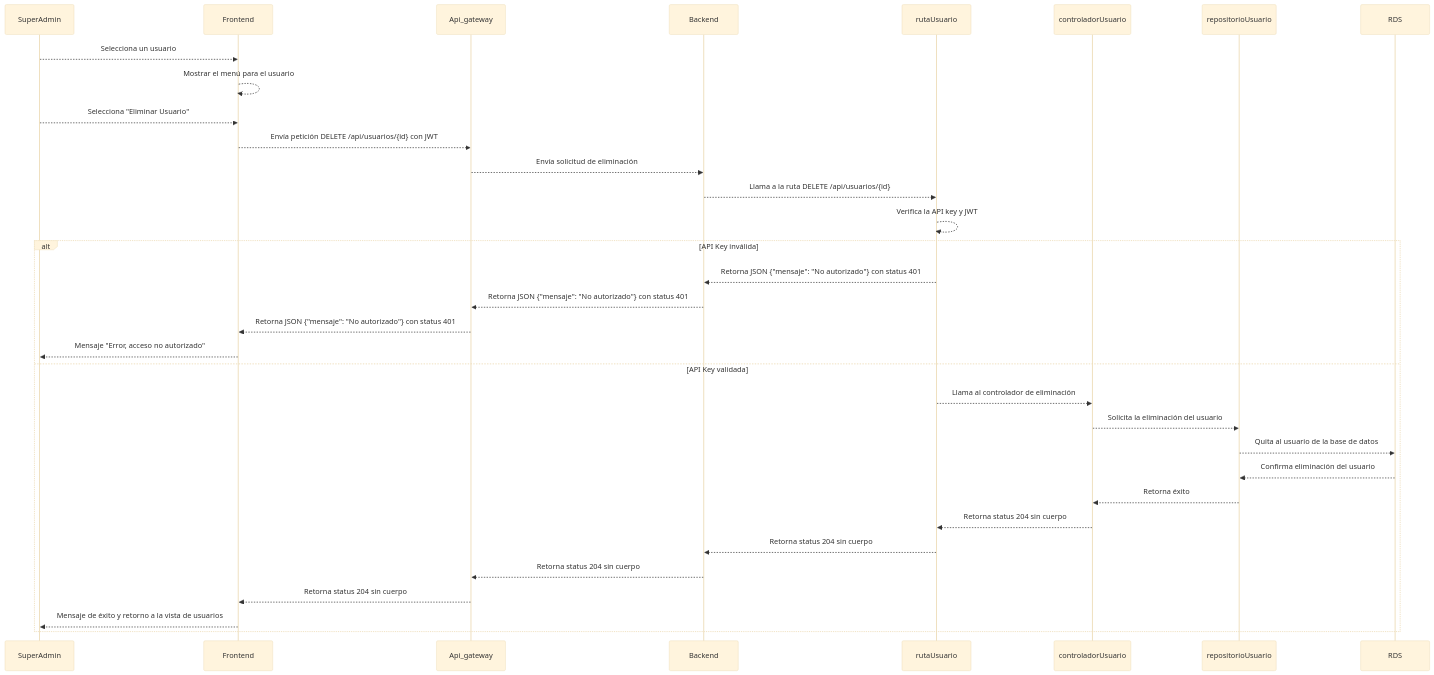
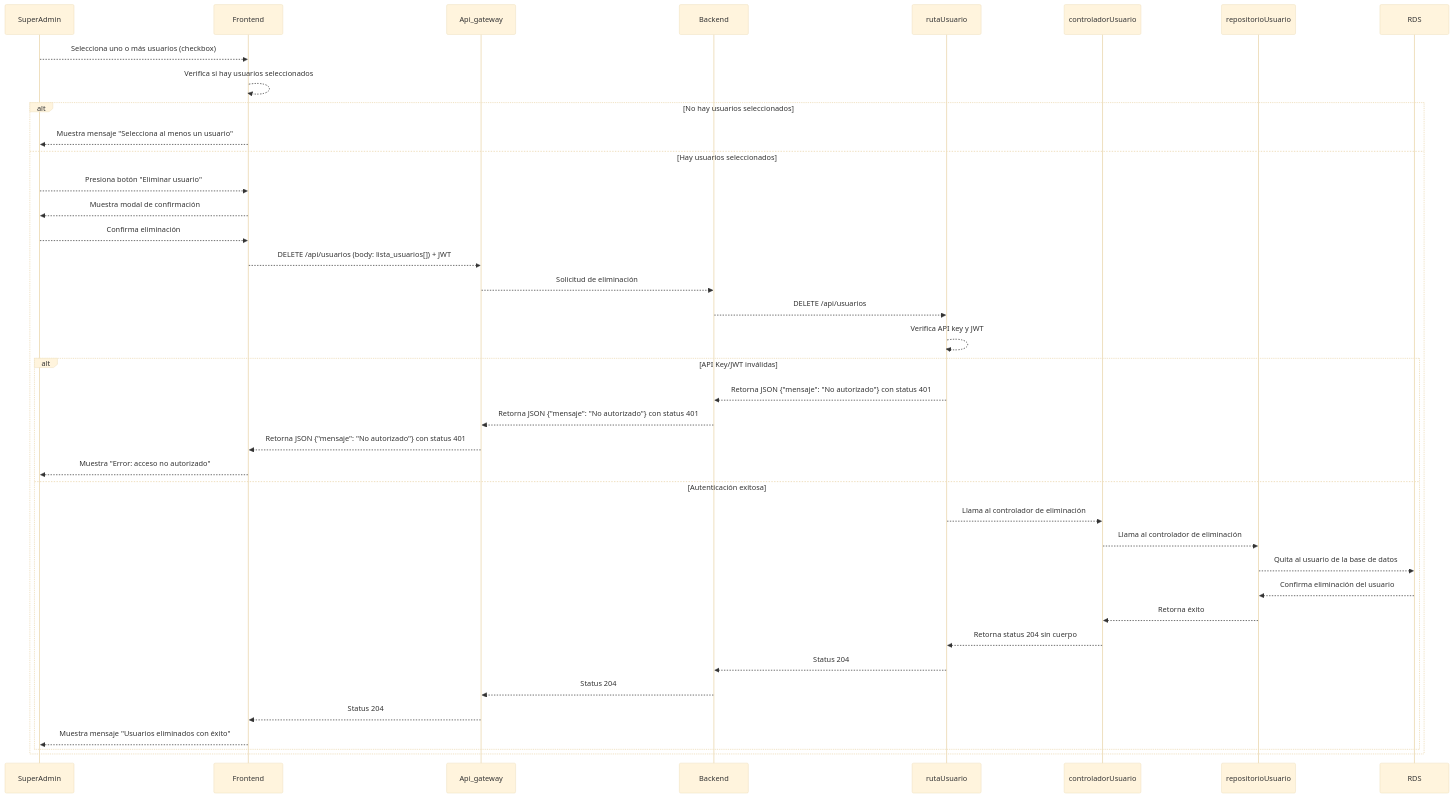
One commit to CodeAnd-Co/Documentacion changed the diagram in documentation/docs/proyectos/textiles/documentacion/requisitos/RF5.md. Above: the diagram before and after it, drawn with Mermaid (base theme). The commit also changed other lines of this file and 1 other file, not shown here.

Commit message:
Actualización de RF5 y PR21

````diff
--- a/documentation/docs/proyectos/textiles/documentacion/requisitos/RF5.md
+++ b/documentation/docs/proyectos/textiles/documentacion/requisitos/RF5.md
@@ -27,36 +27,48 @@
 ```mermaid
 sequenceDiagram
 participant SuperAdmin
 participant Frontend
 participant Api_gateway
 participant Backend
 participant rutaUsuario
 participant controladorUsuario
 participant repositorioUsuario
 participant RDS
 
-    SuperAdmin -->> Frontend: Selecciona un usuario
-    Frontend -->> Frontend: Mostrar el menú para el usuario
-    SuperAdmin -->> Frontend: Selecciona "Eliminar Usuario"
-    Frontend -->> Api_gateway: Envía petición DELETE /api/usuarios/{id} con JWT
-    Api_gateway -->> Backend: Envía solicitud de eliminación
-    Backend -->> rutaUsuario: Llama a la ruta DELETE /api/usuarios/{id}
-    rutaUsuario -->> rutaUsuario: Verifica la API key y JWT
-    alt API Key inválida
+SuperAdmin -->> Frontend: Selecciona uno o más usuarios (checkbox)
+
+Frontend -->> Frontend: Verifica si hay usuarios seleccionados
+alt No hay usuarios seleccionados
+    Frontend -->> SuperAdmin: Muestra mensaje "Selecciona al menos un usuario"
+else Hay usuarios seleccionados
+    SuperAdmin -->> Frontend: Presiona botón "Eliminar usuario"
+    Frontend -->> SuperAdmin: Muestra modal de confirmación
+    SuperAdmin -->> Frontend: Confirma eliminación
+
+    Frontend -->> Api_gateway: DELETE /api/usuarios (body: lista_usuarios[]) + JWT
+
+    Api_gateway -->> Backend: Solicitud de eliminación
+
+    Backend -->> rutaUsuario: DELETE /api/usuarios
+
+    rutaUsuario -->> rutaUsuario: Verifica API key y JWT
+
+    alt API Key/JWT inválidas
         rutaUsuario -->> Backend: Retorna JSON {"mensaje": "No autorizado"} con status 401
         Backend -->> Api_gateway: Retorna JSON {"mensaje": "No autorizado"} con status 401
         Api_gateway -->> Frontend: Retorna JSON {"mensaje": "No autorizado"} con status 401
-        Frontend -->> SuperAdmin: Mensaje "Error, acceso no autorizado"
-    else API Key validada
+        Frontend -->> SuperAdmin: Muestra "Error: acceso no autorizado"
+    else Autenticación exitosa
         rutaUsuario -->> controladorUsuario: Llama al controlador de eliminación
-        controladorUsuario -->> repositorioUsuario: Solicita la eliminación del usuario
+        controladorUsuario -->> repositorioUsuario: Llama al controlador de eliminación
         repositorioUsuario -->> RDS: Quita al usuario de la base de datos
         RDS -->> repositorioUsuario: Confirma eliminación del usuario
         repositorioUsuario -->> controladorUsuario: Retorna éxito
         controladorUsuario -->> rutaUsuario: Retorna status 204 sin cuerpo
-        rutaUsuario -->> Backend: Retorna status 204 sin cuerpo
-        Backend -->> Api_gateway: Retorna status 204 sin cuerpo
-        Api_gateway -->> Frontend: Retorna status 204 sin cuerpo
-        Frontend -->> SuperAdmin: Mensaje de éxito y retorno a la vista de usuarios
+        rutaUsuario -->> Backend: Status 204
+        Backend -->> Api_gateway: Status 204
+        Api_gateway -->> Frontend: Status 204
+        Frontend -->> SuperAdmin: Muestra mensaje "Usuarios eliminados con éxito"
     end
+end
 ```
````
